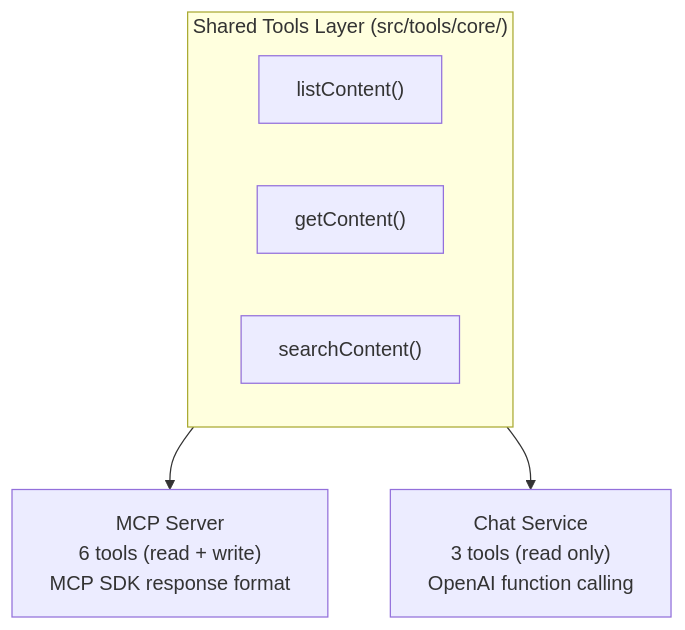
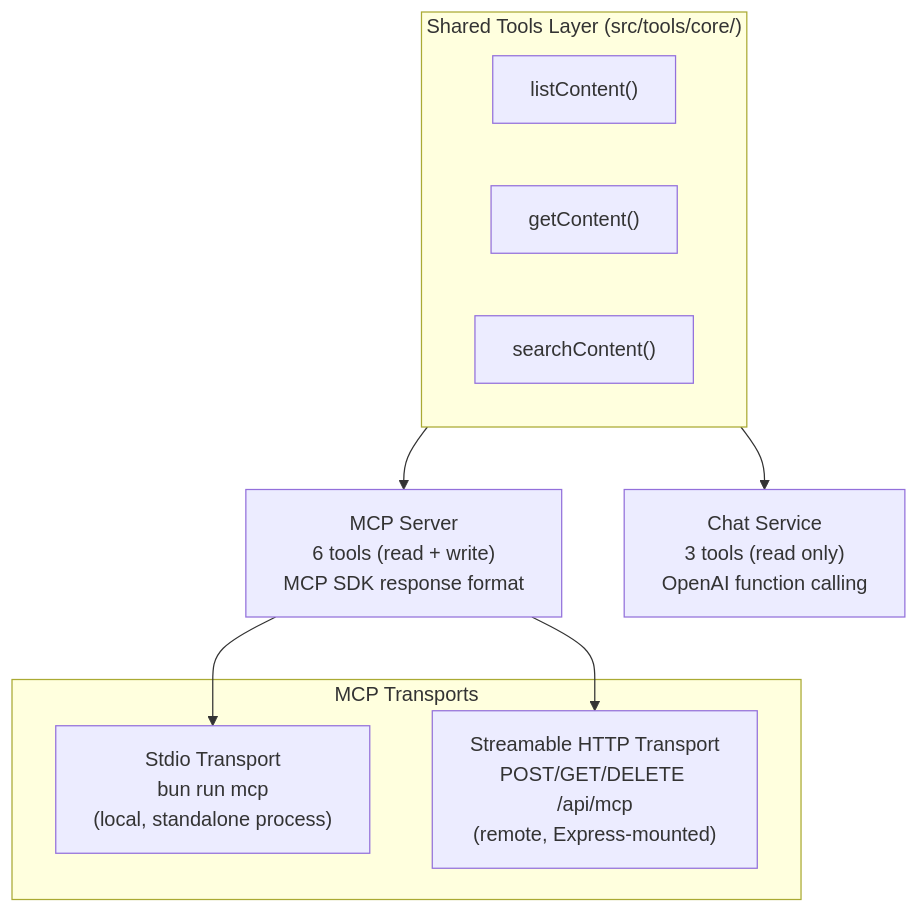
One commit to spencerjireh/portfolio-cms-express-backend-with-mcp-server changed the first of 4 diagrams in docs-site/integrations/mcp-server.md. Above: the diagram before and after it, drawn with Mermaid. The commit also changed other lines of this file and 9 other files, not shown here.

First line of the commit message:
docs: update documentation for MCP HTTP transport and corrections

````diff
--- a/docs-site/integrations/mcp-server.md
+++ b/docs-site/integrations/mcp-server.md
@@ -17,14 +17,21 @@
 ```mermaid
 flowchart TB
     subgraph SharedTools["Shared Tools Layer (src/tools/core/)"]
         List["listContent()"]
         Get["getContent()"]
         Search["searchContent()"]
     end
 
+    subgraph Transports["MCP Transports"]
+        Stdio["Stdio Transport\nbun run mcp\n(local, standalone process)"]
+        HTTP["Streamable HTTP Transport\nPOST/GET/DELETE /api/mcp\n(remote, Express-mounted)"]
+    end
+
     MCP["MCP Server\n6 tools (read + write)\nMCP SDK response format"]
     Chat["Chat Service\n3 tools (read only)\nOpenAI function calling"]
 
     SharedTools --> MCP
     SharedTools --> Chat
+    MCP --> Stdio
+    MCP --> HTTP
 ```
````
